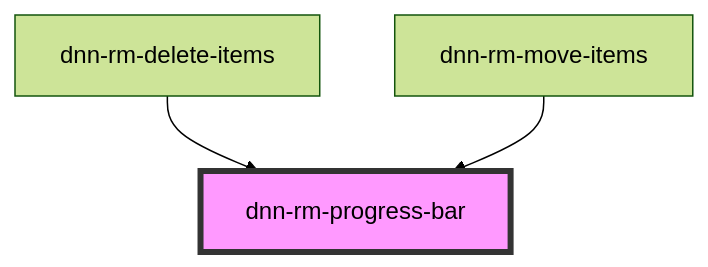
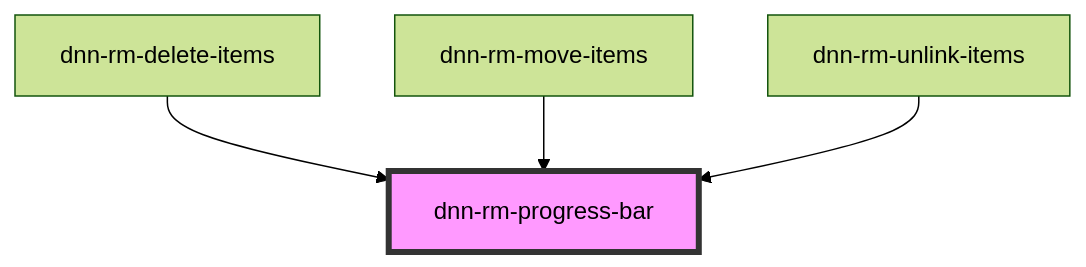
The diagram in DNN Platform/Modules/ResourceManager/ResourceManager.Web/src/components/dnn-rm-progress-bar/readme.md (dnnsoftware/Dnn.Platform), drawn with Mermaid (forest theme) before and after one commit. The commit also changed other lines of this file and 25 other files, not shown here.

````diff
--- a/DNN Platform/Modules/ResourceManager/ResourceManager.Web/src/components/dnn-rm-progress-bar/readme.md
+++ b/DNN Platform/Modules/ResourceManager/ResourceManager.Web/src/components/dnn-rm-progress-bar/readme.md
@@ -33,6 +34,7 @@
 ```mermaid
 graph TD;
   dnn-rm-delete-items --> dnn-rm-progress-bar
   dnn-rm-move-items --> dnn-rm-progress-bar
+  dnn-rm-unlink-items --> dnn-rm-progress-bar
   style dnn-rm-progress-bar fill:#f9f,stroke:#333,stroke-width:4px
 ```
````
